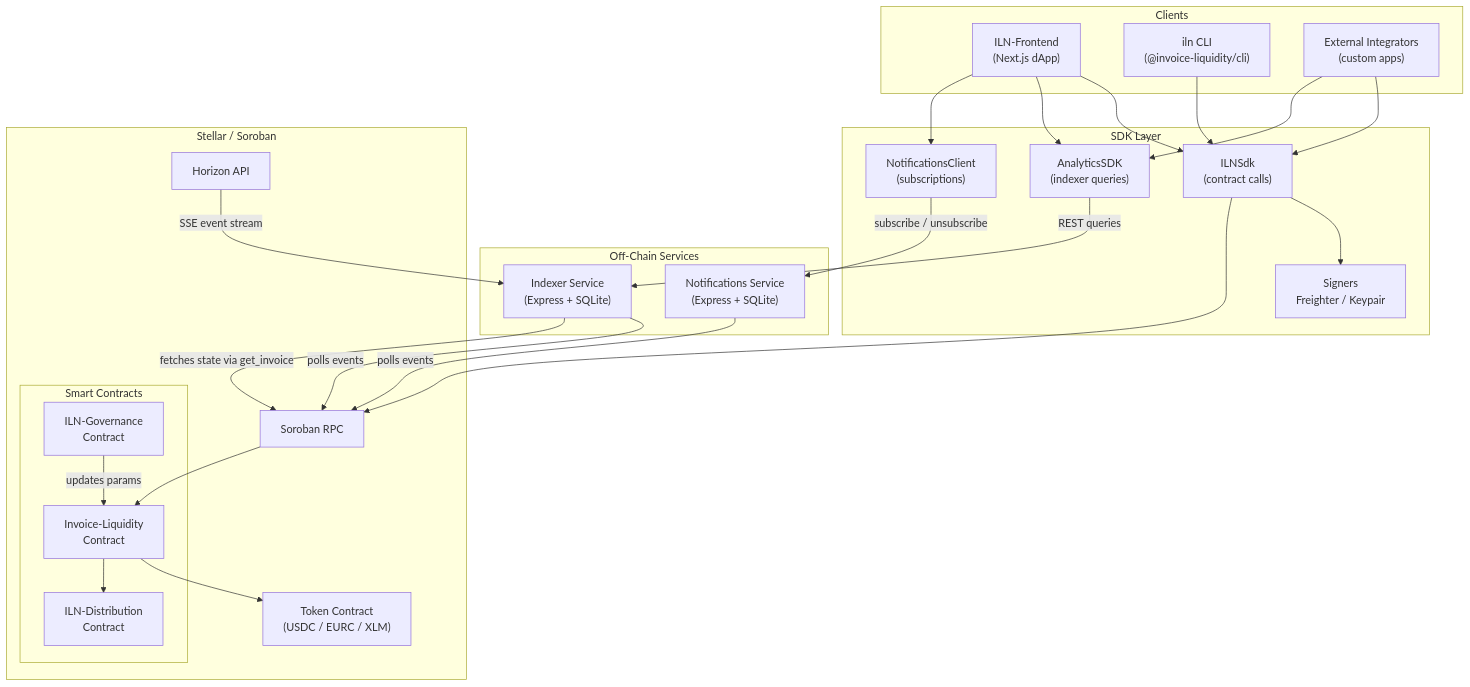
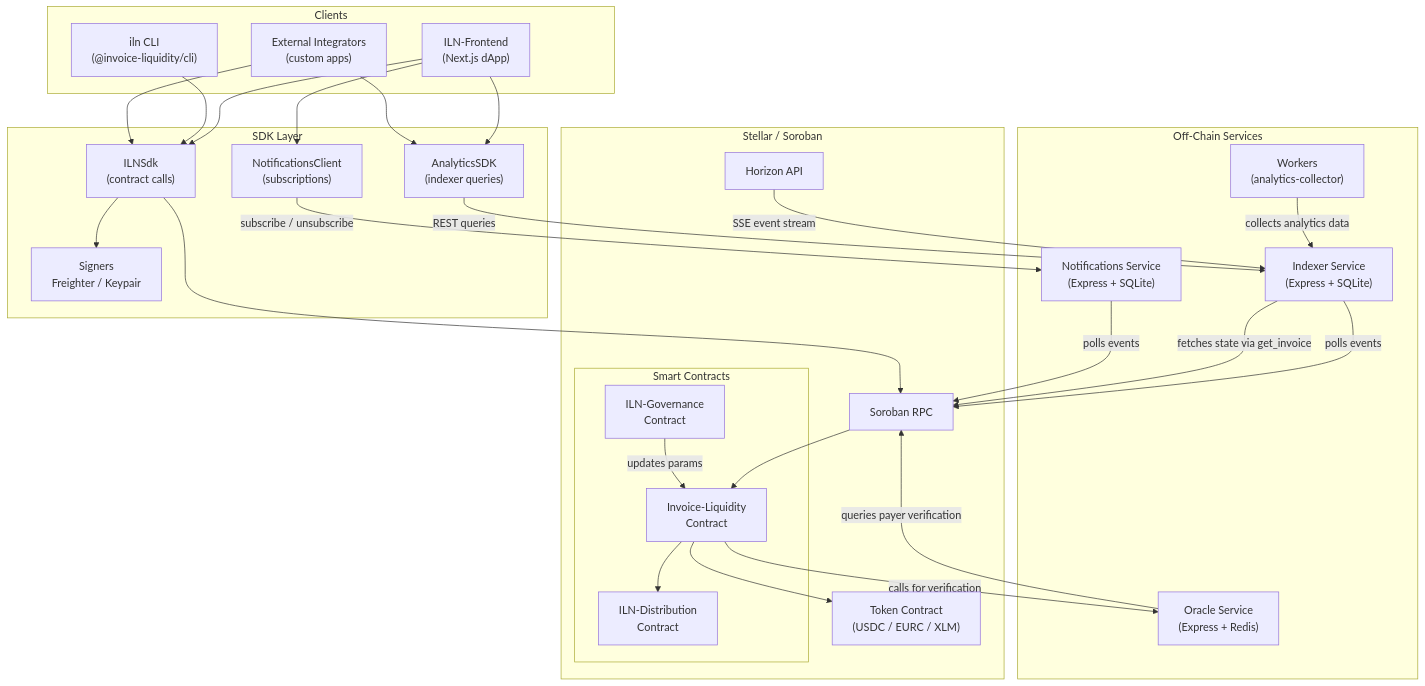
One commit to D-Bluemoon/Invoice-Liquidity-Network changed the diagram in docs/architecture.md. Above: the diagram before and after it, drawn with Mermaid. The commit also changed other lines of this file, not shown here.

First line of the commit message:
docs: reconcile architecture doc against actual current service topology

````diff
--- a/docs/architecture.md
+++ b/docs/architecture.md
@@ -19,55 +19,62 @@
 ```mermaid
 flowchart TD
     subgraph Clients["Clients"]
         FE["ILN-Frontend\n(Next.js dApp)"]
         CLI["iln CLI\n(@invoice-liquidity/cli)"]
         EXT["External Integrators\n(custom apps)"]
     end
 
     subgraph SDK["SDK Layer"]
         ILNSDK["ILNSdk\n(contract calls)"]
         ASDK["AnalyticsSDK\n(indexer queries)"]
         NSDK["NotificationsClient\n(subscriptions)"]
         SIGNER["Signers\nFreighter / Keypair"]
     end
 
     subgraph OffChain["Off-Chain Services"]
         INDEXER["Indexer Service\n(Express + SQLite)"]
+        ORACLE["Oracle Service\n(Express + Redis)"]
         NOTIF["Notifications Service\n(Express + SQLite)"]
+        WORKERS["Workers\n(analytics-collector)"]
     end
 
     subgraph OnChain["Stellar / Soroban"]
         RPC["Soroban RPC"]
         HORIZON["Horizon API"]
         subgraph Contracts["Smart Contracts"]
             ILC["Invoice-Liquidity\nContract"]
             DIST["ILN-Distribution\nContract"]
             GOV["ILN-Governance\nContract"]
         end
         TOKEN["Token Contract\n(USDC / EURC / XLM)"]
     end
 
     FE --> ILNSDK
     FE --> ASDK
     FE --> NSDK
     CLI --> ILNSDK
     EXT --> ILNSDK
     EXT --> ASDK
 
     ILNSDK --> SIGNER
     ILNSDK --> RPC
     RPC --> ILC
     ILC --> TOKEN
 
     INDEXER -->|polls events| RPC
     INDEXER -->|fetches state via get_invoice| RPC
     ASDK -->|REST queries| INDEXER
 
+    ORACLE -->|queries payer verification| RPC
+    ILC -->|calls for verification| ORACLE
+    
     NOTIF -->|polls events| RPC
     NSDK -->|subscribe / unsubscribe| NOTIF
 
     HORIZON -->|SSE event stream| INDEXER
+    
+    WORKERS -->|collects analytics data| INDEXER
 
     ILC --> DIST
     GOV -->|updates params| ILC
 ```
````
